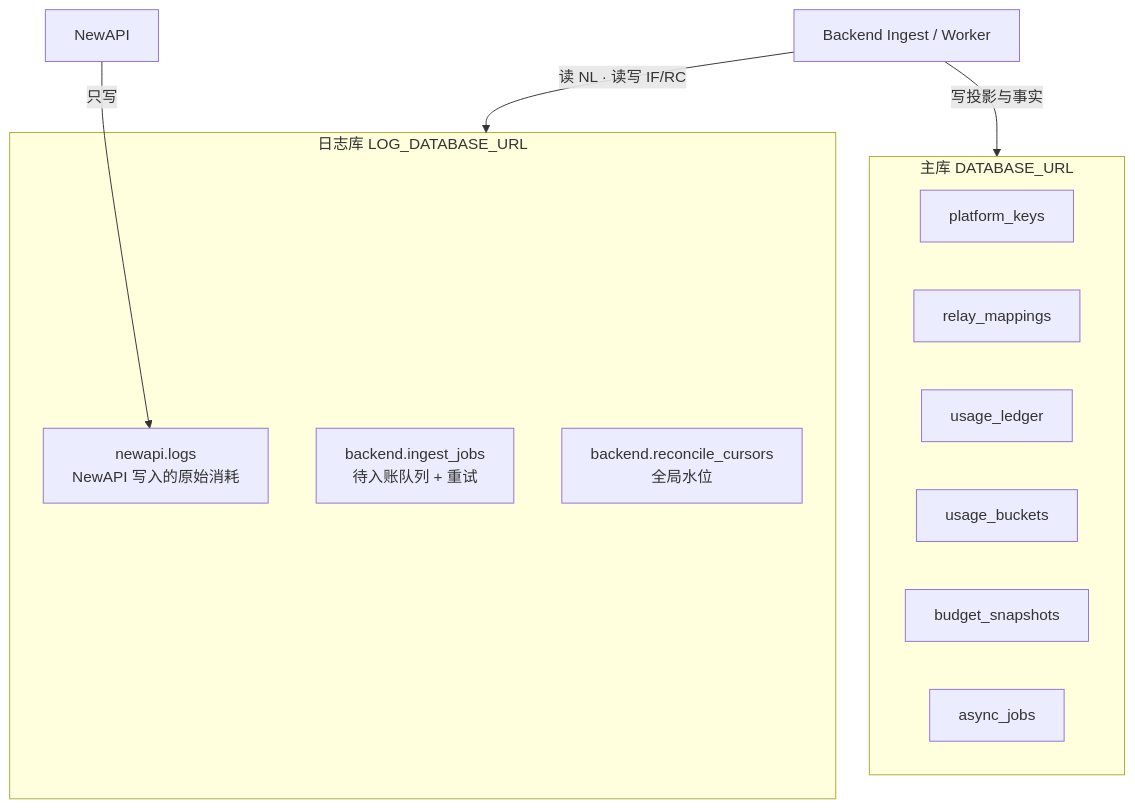
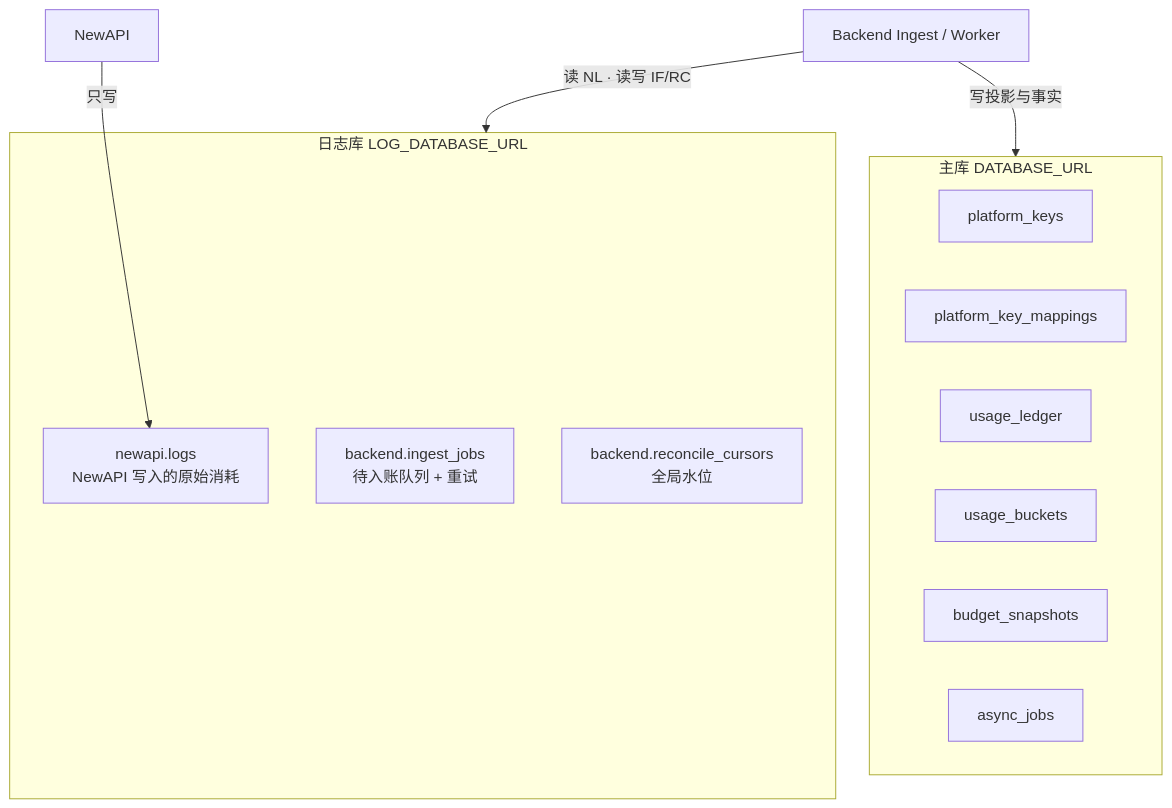
The fourth of 8 diagrams in docs/Backend-Ingest架构.md (quyip8818/mytokenjoy), drawn with Mermaid before and after one commit. The commit also changed other lines of this file and 169 other files, not shown here.

````diff
--- a/docs/Backend-Ingest架构.md
+++ b/docs/Backend-Ingest架构.md
@@ -144,21 +144,21 @@
 ```mermaid
 flowchart TB
   subgraph mainDB [主库 DATABASE_URL]
     PK[platform_keys]
-    RM[relay_mappings]
+    RM[platform_key_mappings]
     UL[usage_ledger]
     UB[usage_buckets]
     BS[budget_snapshots]
     AJ[async_jobs]
   end
 
   subgraph logDB [日志库 LOG_DATABASE_URL]
     NL["newapi.logs<br/>NewAPI 写入的原始消耗"]
     IF["backend.ingest_jobs<br/>待入账队列 + 重试"]
     RC["backend.reconcile_cursors<br/>全局水位"]
   end
 
   NA[NewAPI] -->|只写| NL
   BE[Backend Ingest / Worker] -->|读 NL · 读写 IF/RC| logDB
   BE -->|写投影与事实| mainDB
 ```
````
